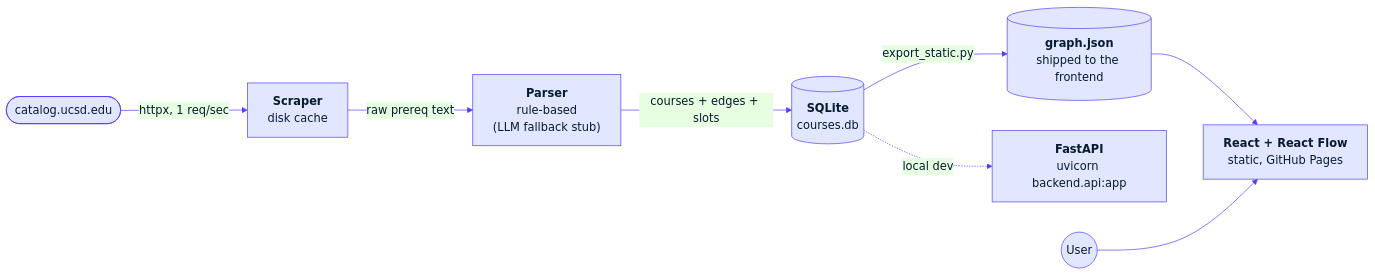
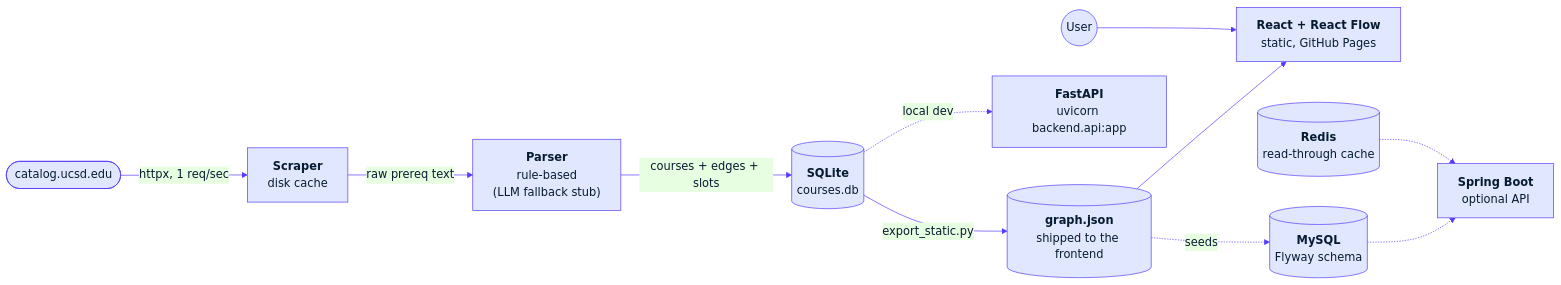
The diagram in README.md (CuteSurtr/prereq-dependency), drawn with Mermaid before and after one commit. The commit also changed other lines of this file and 58 other files, not shown here.

First line of the commit message:
Add optional Spring Boot / MySQL / Redis service

````diff
--- a/README.md
+++ b/README.md
@@ -35,24 +35,27 @@
 ```mermaid
 %%{init: {
   "theme": "base",
   "themeVariables": {
     "fontSize": "17px",
     "fontFamily": "Inter, -apple-system, system-ui, sans-serif",
     "primaryColor": "#e0e7ff",
     "primaryBorderColor": "#533afd",
     "primaryTextColor": "#061b31",
     "lineColor": "#533afd",
     "tertiaryColor": "#f6f9fc",
     "tertiaryBorderColor": "#b9b9f9"
   },
   "flowchart": { "nodeSpacing": 45, "rankSpacing": 55, "curve": "basis" }
 }}%%
 flowchart LR
     Catalog(["catalog.ucsd.edu"]) -->|httpx, 1 req/sec| Scraper["<b>Scraper</b><br/>disk cache"]
     Scraper -->|raw prereq text| Parser["<b>Parser</b><br/>rule-based<br/>(LLM fallback stub)"]
     Parser -->|courses + edges + slots| DB[("<b>SQLite</b><br/>courses.db")]
     DB -->|export_static.py| JSON[("<b>graph.json</b><br/>shipped to the frontend")]
     JSON --> FE["<b>React + React Flow</b><br/>static, GitHub Pages"]
     DB -.->|local dev| API["<b>FastAPI</b><br/>uvicorn backend.api:app"]
+    JSON -.->|seeds| MySQL[("<b>MySQL</b><br/>Flyway schema")]
+    MySQL -.-> SVC["<b>Spring Boot</b><br/>optional API"]
+    Redis[("<b>Redis</b><br/>read-through cache")] -.-> SVC
     User((User)) --> FE
 ```
````
